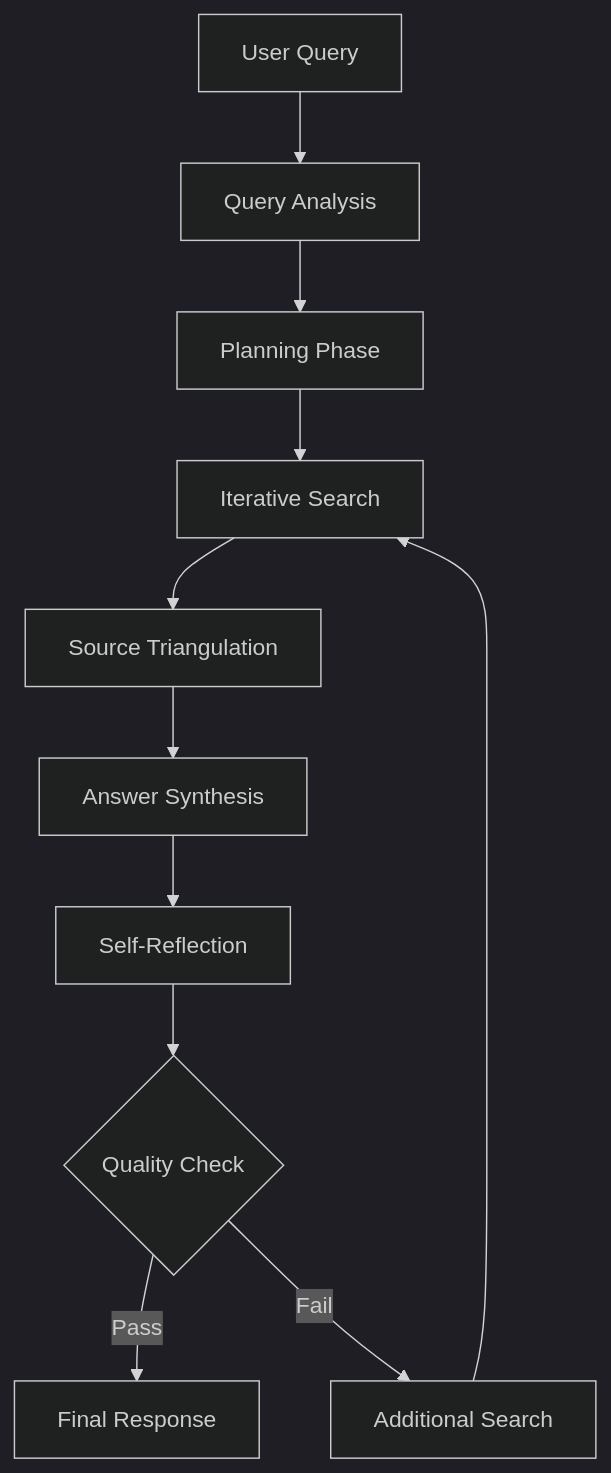
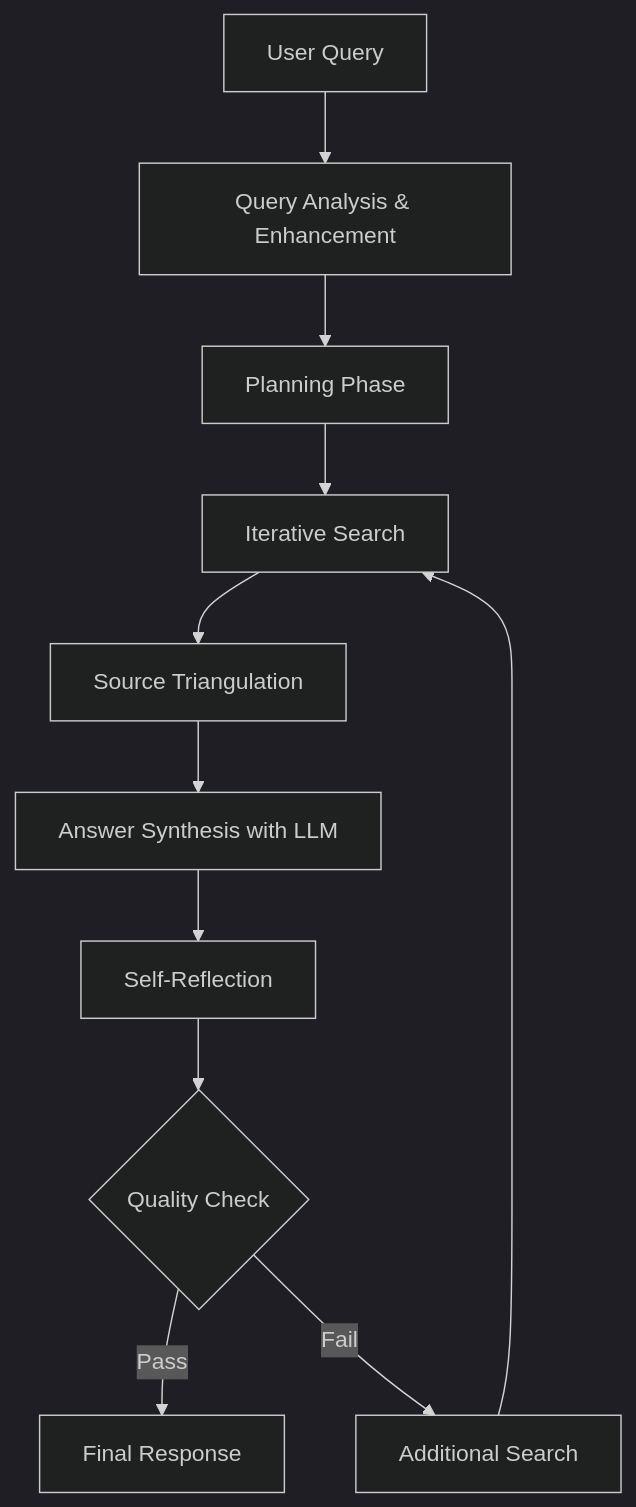
The diagram in agentic_rag_agent/README.md (eloyf26/advanced_rag), drawn with Mermaid (dark theme) before and after one commit. The commit also changed other lines of this file and 4 other files, not shown here.

````diff
--- a/agentic_rag_agent/README.md
+++ b/agentic_rag_agent/README.md
@@ -50,13 +52,13 @@
 ```mermaid
 graph TD
-    A[User Query] --> B[Query Analysis]
+    A[User Query] --> B[Query Analysis & Enhancement]
     B --> C[Planning Phase]
     C --> D[Iterative Search]
     D --> E[Source Triangulation]
-    E --> F[Answer Synthesis]
+    E --> F[Answer Synthesis with LLM]
     F --> G[Self-Reflection]
     G --> H{Quality Check}
     H -->|Pass| I[Final Response]
     H -->|Fail| J[Additional Search]
     J --> D
 ```
````
